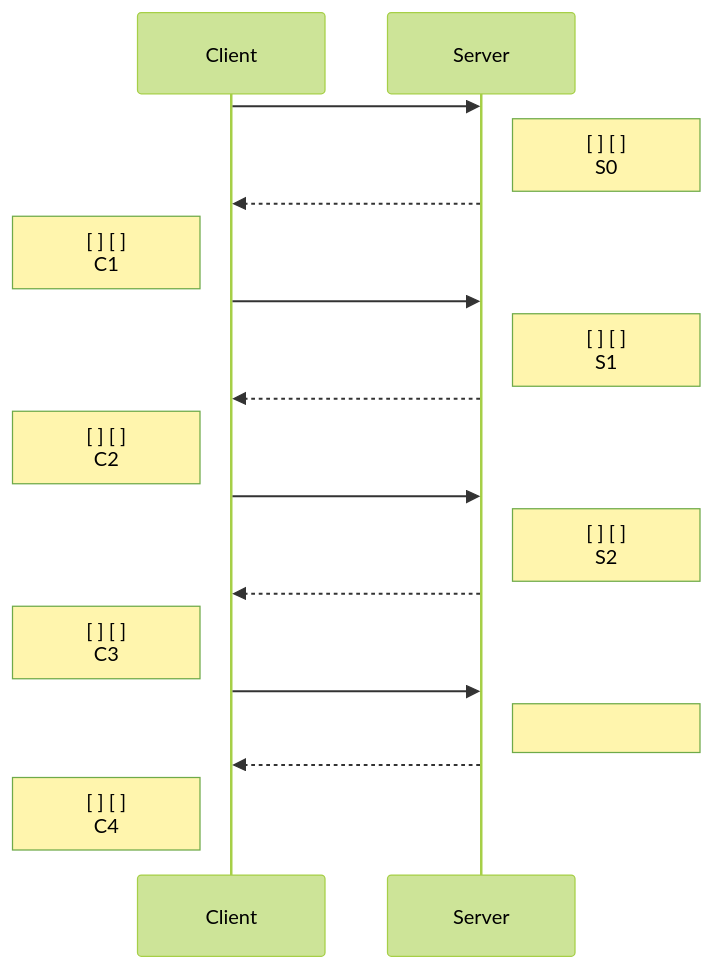
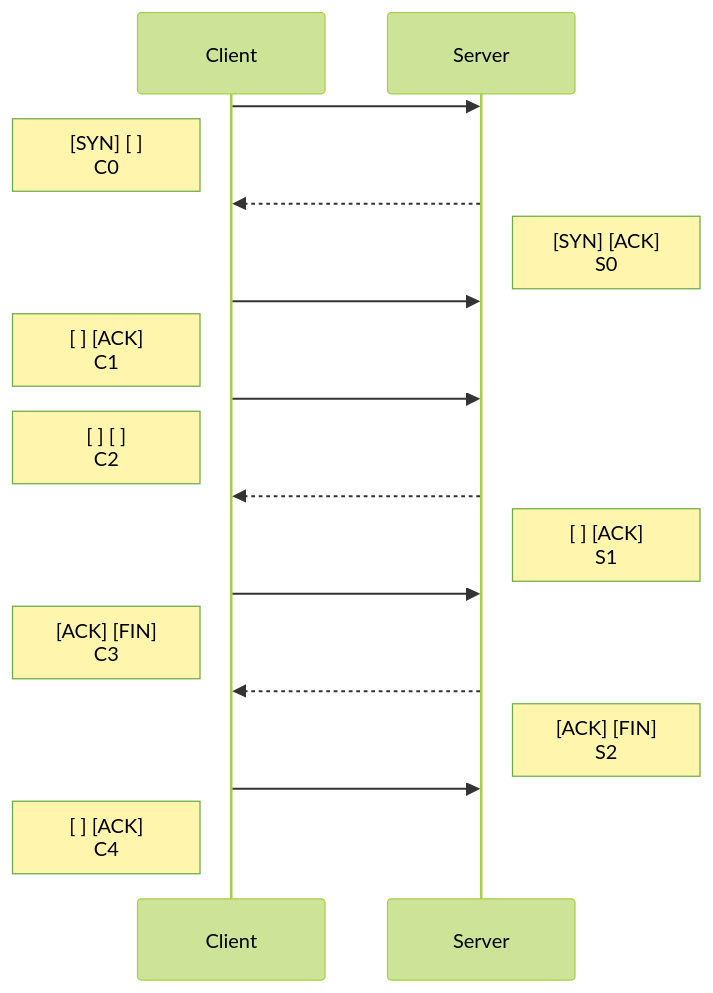
The fifth of 6 diagrams in content/4.Semester/Informatik/RNVS/RNVS-Klausurvorbereitung/2015/RNVS-Klausur-2015.md (noluyorAbi/quartzDeployment), drawn with Mermaid (forest theme) before and after one commit. The commit also changed other lines of this file and 4 other files, not shown here.

````diff
--- a/content/4.Semester/Informatik/RNVS/RNVS-Klausurvorbereitung/2015/RNVS-Klausur-2015.md
+++ b/content/4.Semester/Informatik/RNVS/RNVS-Klausurvorbereitung/2015/RNVS-Klausur-2015.md
@@ -321,30 +573,30 @@
 ```mermaid
 sequenceDiagram
     participant Client
     participant Server
 
     Client->>Server:
-    Note right of Server: [ ] [ ] <br/> S0
+    Note left of Client: [SYN] [ ] <br/> C0
 
     Server-->>Client:
-    Note left of Client: [ ] [ ] <br/> C1
+    Note right of Server: [SYN] [ACK] <br/> S0
 
     Client->>Server:
-    Note right of Server: [ ] [ ] <br/> S1
+    Note left of Client: [ ] [ACK] <br/> C1
 
-    Server-->>Client:
+    Client->>Server:
     Note left of Client: [ ] [ ] <br/> C2
 
-    Client->>Server:
-    Note right of Server: [ ] [ ] <br/> S2
-
-    Server-->>Client:
-    Note left of Client: [ ] [ ] <br/> C3
+Server-->>Client:
+    Note right of Server: [ ] [ACK] <br/> S1
 
     Client->>Server:
-    Note right of Server:
+    Note left of Client: [ACK] [FIN] <br/> C3
 
-    Server-->>Client:
-    Note left of Client: [ ] [ ] <br/> C4
+Server-->>Client:
+    Note right of Server: [ACK] [FIN] <br/> S2
+
+   Client->>Server:
+    Note left of Client: [ ] [ACK] <br/> C4
 
 ```
````
